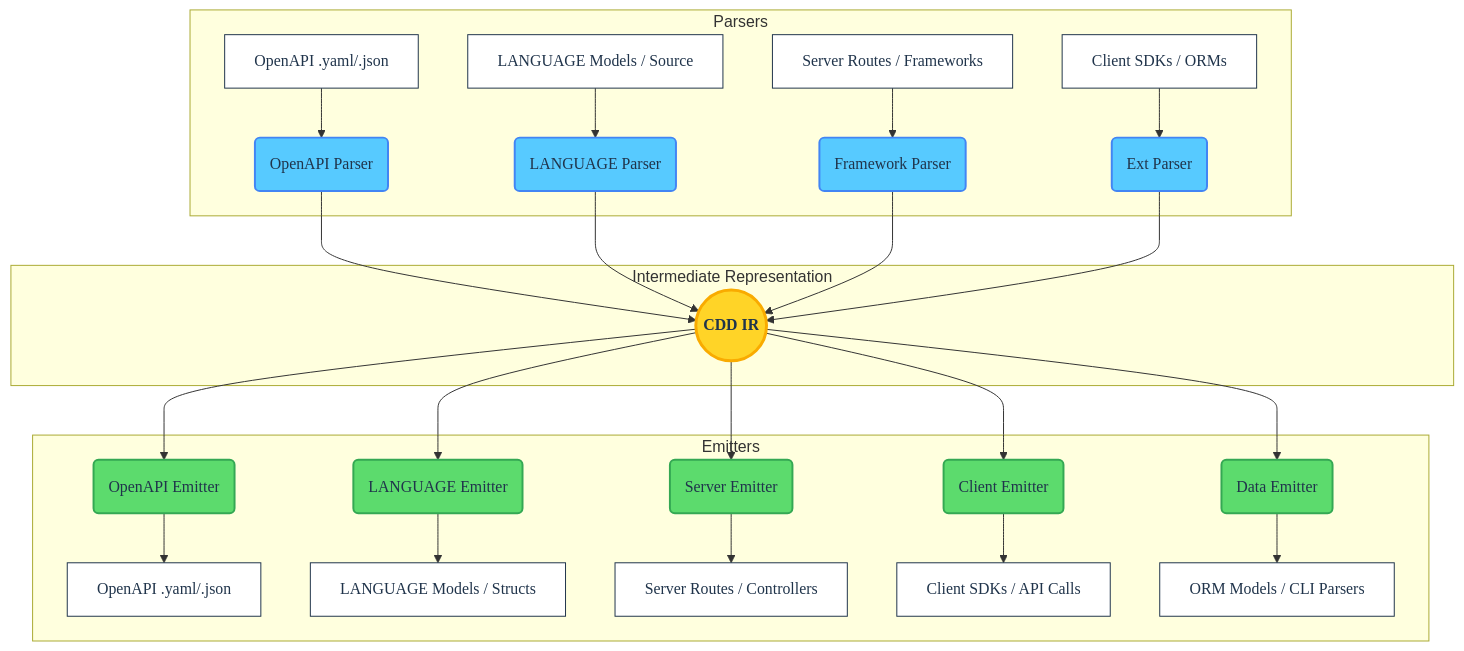
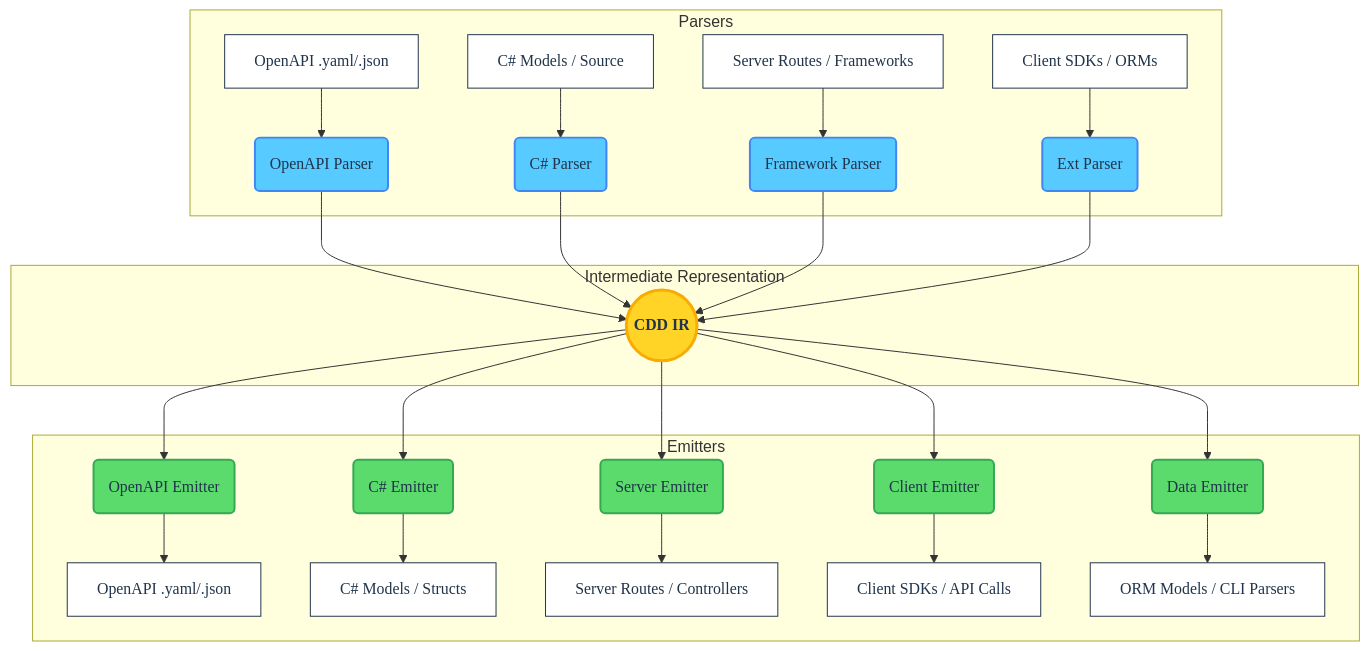
Before and after one commit to SamuelMarks/cdd-csharp: the diagram in ARCHITECTURE.md, drawn with Mermaid. The commit also changed other lines of this file and 22 other files, not shown here.

````diff
--- a/ARCHITECTURE.md
+++ b/ARCHITECTURE.md
@@ -17,38 +16,38 @@
 ```mermaid
 graph TD
     %% Styling Definitions
     classDef frontend fill:#57caff,stroke:#4285f4,stroke-width:2px,color:#20344b,font-family:Roboto Mono
     classDef core fill:#ffd427,stroke:#f9ab00,stroke-width:3px,color:#20344b,font-family:Google Sans,font-weight:bold
     classDef backend fill:#5cdb6d,stroke:#34a853,stroke-width:2px,color:#20344b,font-family:Roboto Mono
     classDef endpoint fill:#ffffff,stroke:#20344b,stroke-width:1px,color:#20344b,font-family:Google Sans
 
     subgraph Frontend [Parsers]
         A[OpenAPI .yaml/.json]:::endpoint --> P1(OpenAPI Parser):::frontend
-        B[LANGUAGE Models / Source]:::endpoint --> P2(LANGUAGE Parser):::frontend
+        B[C# Models / Source]:::endpoint --> P2(C# Parser):::frontend
         C[Server Routes / Frameworks]:::endpoint --> P3(Framework Parser):::frontend
         D[Client SDKs / ORMs]:::endpoint --> P4(Ext Parser):::frontend
     end
 
     subgraph Core [Intermediate Representation]
         IR((CDD IR)):::core
     end
 
     subgraph Backend [Emitters]
         E1(OpenAPI Emitter):::backend --> X[OpenAPI .yaml/.json]:::endpoint
-        E2(LANGUAGE Emitter):::backend --> Y[LANGUAGE Models / Structs]:::endpoint
+        E2(C# Emitter):::backend --> Y[C# Models / Structs]:::endpoint
         E3(Server Emitter):::backend --> Z[Server Routes / Controllers]:::endpoint
         E4(Client Emitter):::backend --> W[Client SDKs / API Calls]:::endpoint
         E5(Data Emitter):::backend --> V[ORM Models / CLI Parsers]:::endpoint
     end
 
     P1 --> IR
     P2 --> IR
     P3 --> IR
     P4 --> IR
 
     IR --> E1
     IR --> E2
     IR --> E3
     IR --> E4
     IR --> E5
 ```
````
